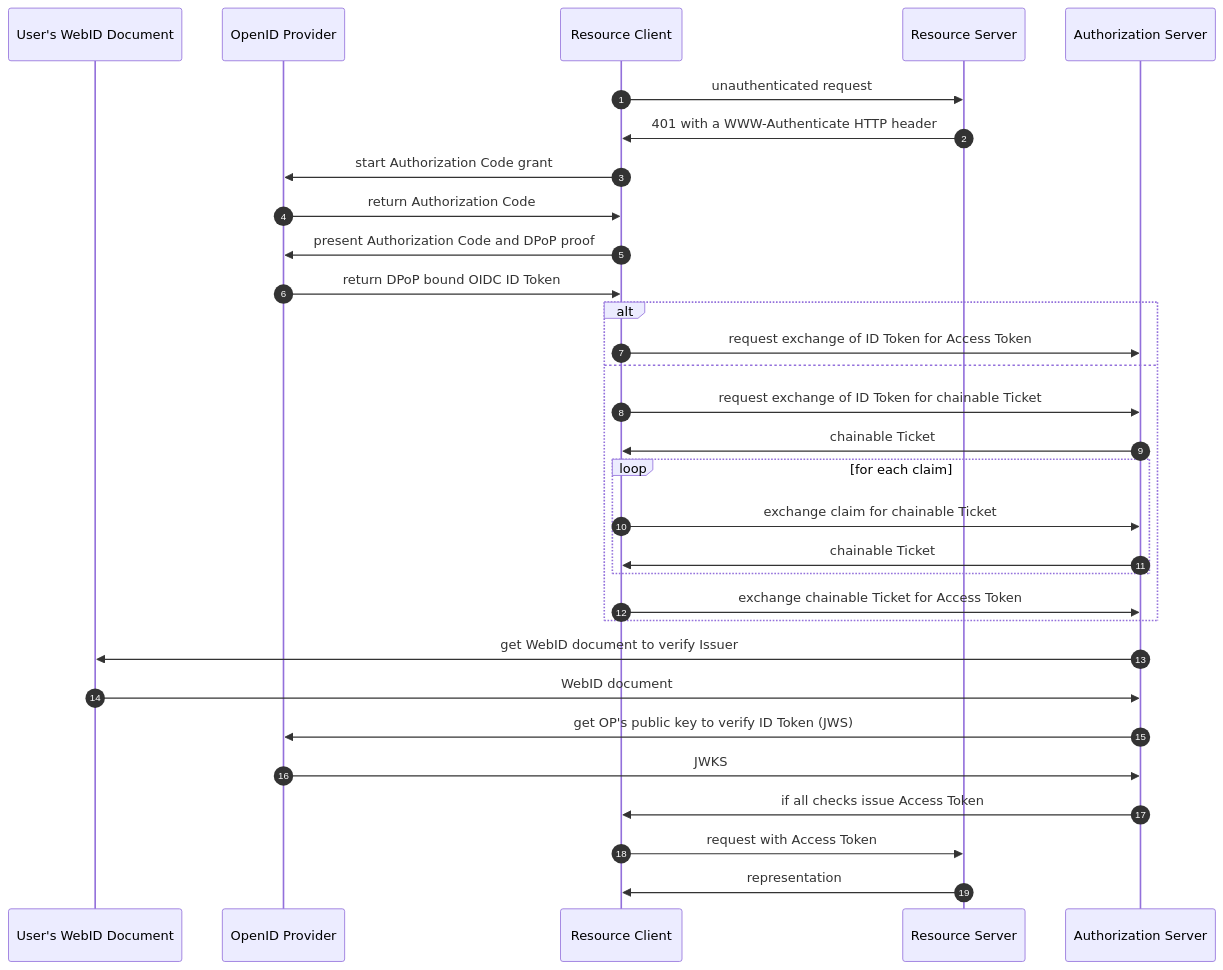
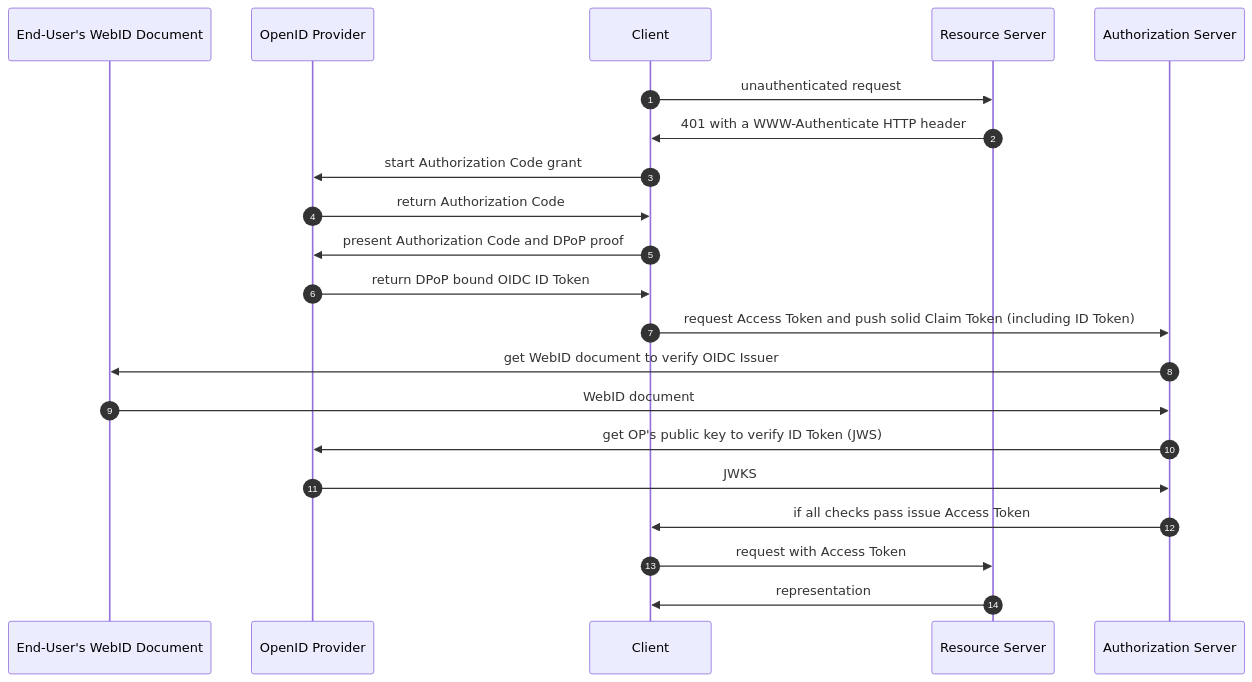
The diagram in sequence.mmd (solid/solid-oidc), drawn with Mermaid before and after one commit.

Commit message:
updated sequence diagram to use UMA claims pushing

```diff
--- a/sequence.mmd
+++ b/sequence.mmd
@@ -1,31 +1,21 @@
 sequenceDiagram
   autonumber
-  participant WebID as User's WebID Document
+  participant WebID as End-User's WebID Document
   participant OP as OpenID Provider
-  participant RC as Resource Client
+  participant C as Client
   participant RS as Resource Server
   participant AS as Authorization Server
-  RC ->> RS: unauthenticated request
-  RS ->> RC: 401 with a WWW-Authenticate HTTP header
-  RC ->> OP: start Authorization Code grant
-  OP ->> RC: return Authorization Code
-  RC ->> OP: present Authorization Code and DPoP proof
-  OP ->> RC: return DPoP bound OIDC ID Token
-  alt
-    RC ->> AS: request exchange of ID Token for Access Token
-  else
-    RC ->> AS: request exchange of ID Token for chainable Ticket
-    AS ->> RC: chainable Ticket
-    loop for each claim
-      RC ->> AS: exchange claim for chainable Ticket
-      AS ->> RC: chainable Ticket
-    end
-    RC ->> AS: exchange chainable Ticket for Access Token
-  end
-  AS ->> WebID: get WebID document to verify Issuer
+  C ->> RS: unauthenticated request
+  RS ->> C: 401 with a WWW-Authenticate HTTP header
+  C ->> OP: start Authorization Code grant
+  OP ->> C: return Authorization Code
+  C ->> OP: present Authorization Code and DPoP proof
+  OP ->> C: return DPoP bound OIDC ID Token
+  C ->> AS: request Access Token and push solid Claim Token (including ID Token)
+  AS ->> WebID: get WebID document to verify OIDC Issuer
   WebID ->> AS: WebID document
   AS ->> OP: get OP's public key to verify ID Token (JWS)
   OP ->> AS: JWKS
-  AS ->> RC: if all checks issue Access Token
-  RC ->> RS: request with Access Token
-  RS ->> RC: representation
+  AS ->> C: if all checks pass issue Access Token
+  C ->> RS: request with Access Token
+  RS ->> C: representation
```
